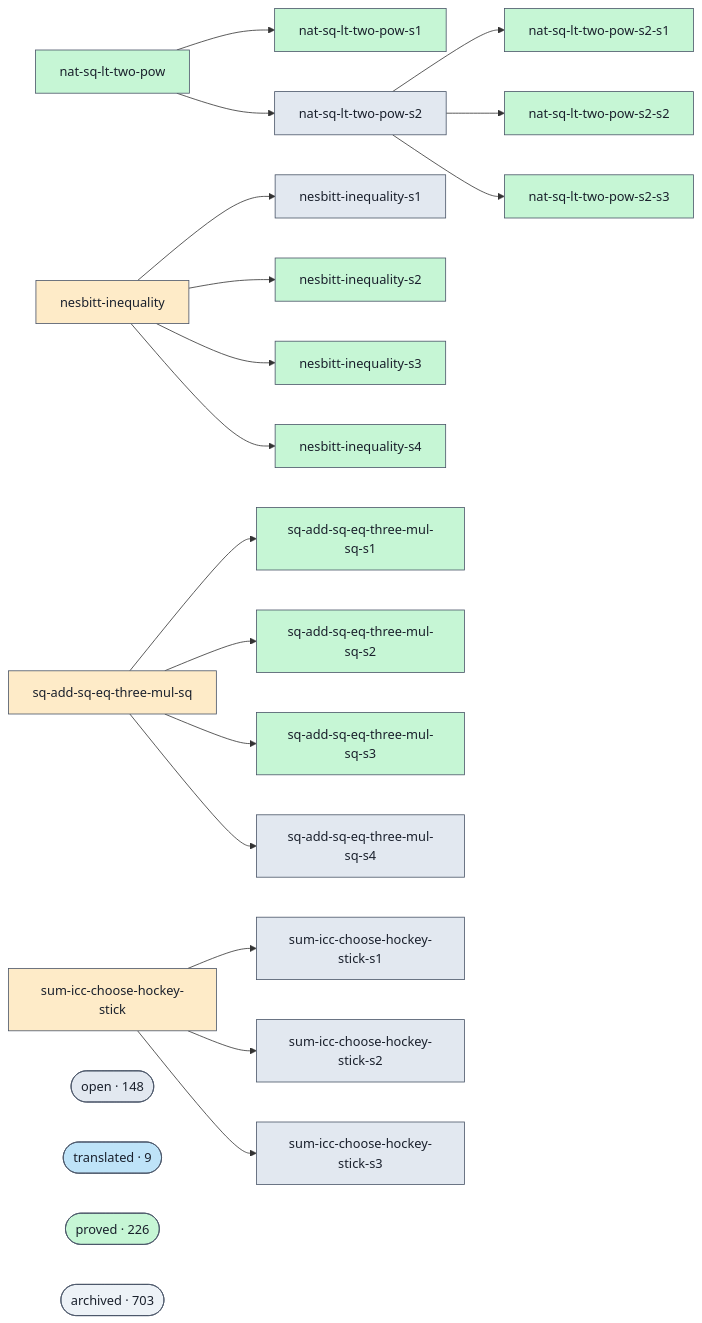
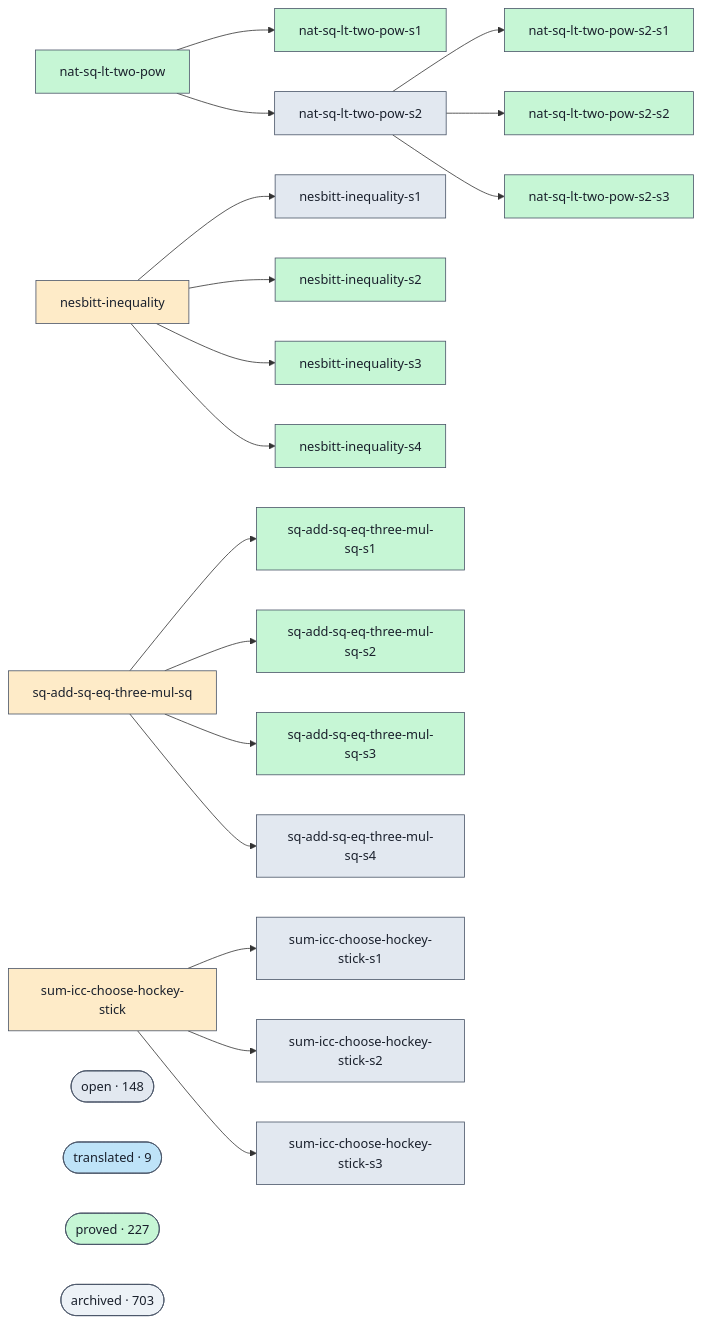
Before and after one commit to ohdearquant/unsorry: the diagram in docs/proofs-contributors-visualisation.md, drawn with Mermaid. The commit also changed other lines of this file and 2 other files, not shown here.

```diff
--- a/docs/proofs-contributors-visualisation.md
+++ b/docs/proofs-contributors-visualisation.md
@@ -102,7 +102,7 @@
   class cluster_open open;
   cluster_translated(["translated · 9"])
   class cluster_translated translated;
-  cluster_proved(["proved · 226"])
+  cluster_proved(["proved · 227"])
   class cluster_proved proved;
   cluster_archived(["archived · 703"])
   class cluster_archived unknown;
```
